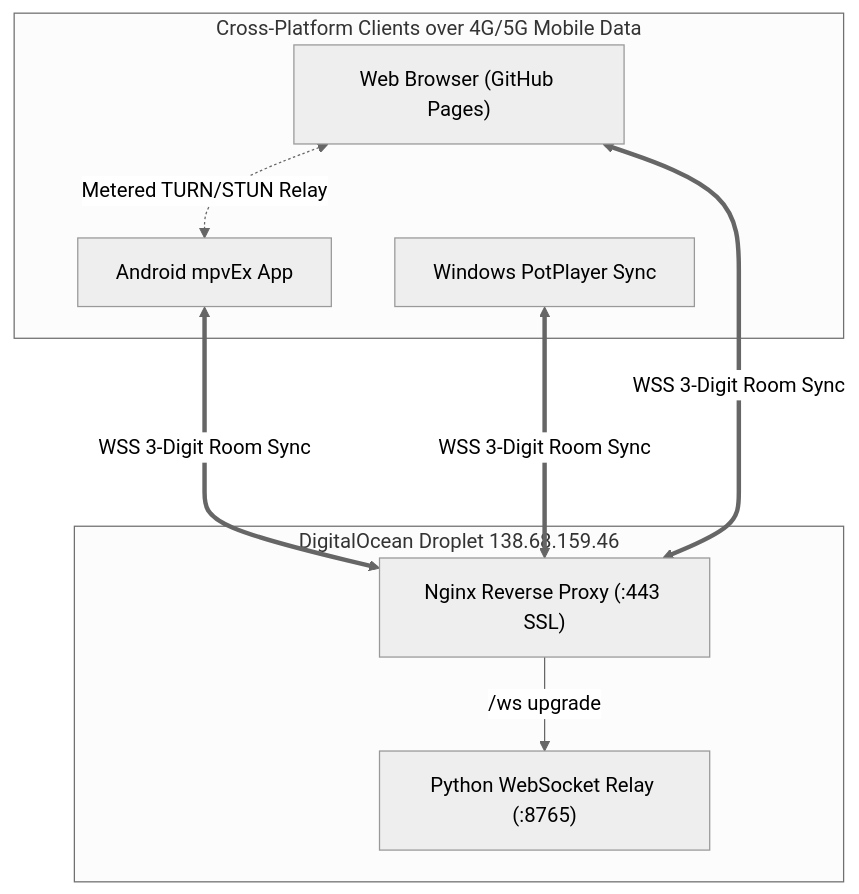
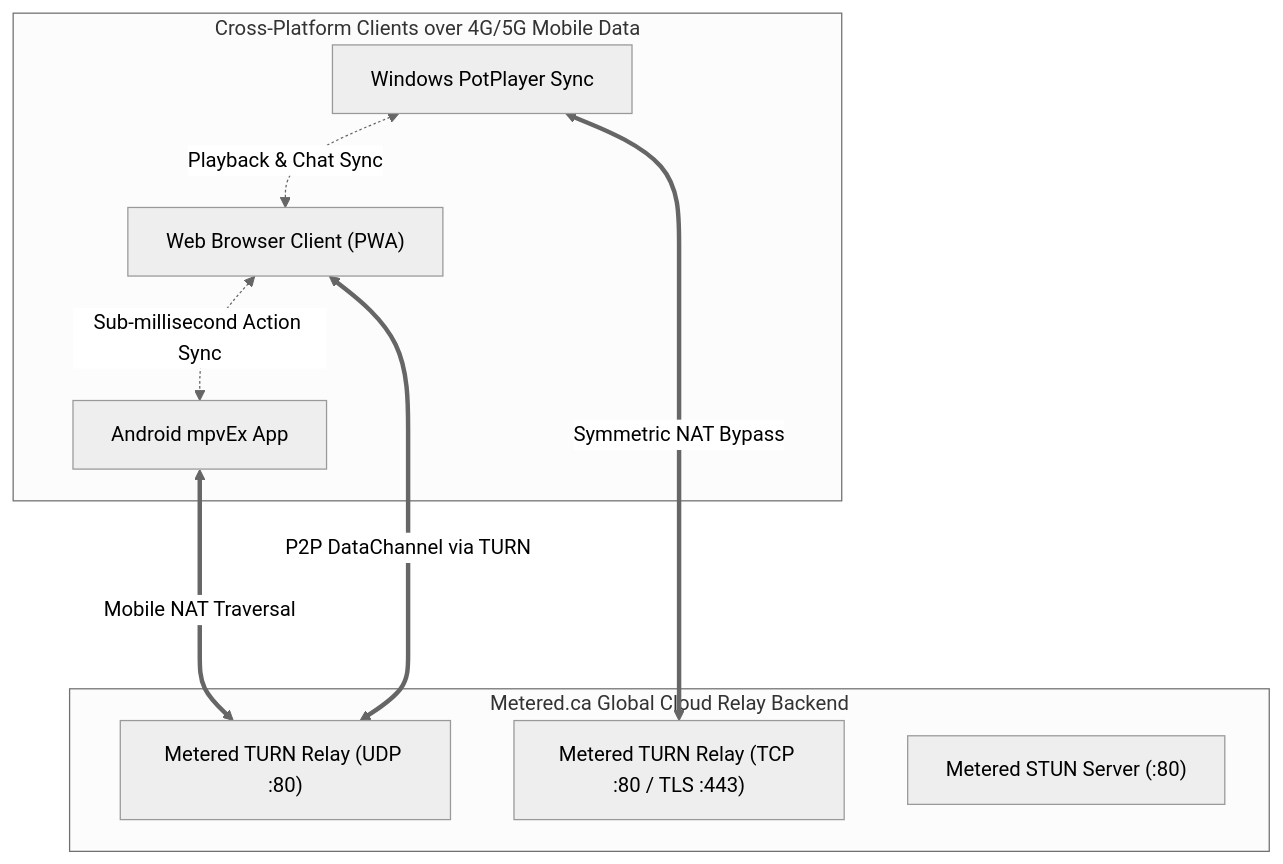
One commit to likhonmain/Ultimate_Watch_together_by_Likhon changed the diagram in HANDOVER.md. Above: the diagram before and after it, drawn with Mermaid (neutral theme). The commit also changed other lines of this file, not shown here.

Commit message:
docs: update HANDOVER.md to document Metered TURN server backend and remove Droplet references

````diff
--- a/HANDOVER.md
+++ b/HANDOVER.md
@@ -28,19 +28,20 @@
 ```mermaid
 flowchart TB
-    subgraph Cloud [DigitalOcean Droplet 138.68.159.46]
-        Nginx["Nginx Reverse Proxy (:443 SSL)"]
-        Relay["Python WebSocket Relay (:8765)"]
-        Nginx -->|/ws upgrade| Relay
+    subgraph MeteredBackend [Metered.ca Global Cloud Relay Backend]
+        TURN_UDP["Metered TURN Relay (UDP :80)"]
+        TURN_TCP["Metered TURN Relay (TCP :80 / TLS :443)"]
+        STUN["Metered STUN Server (:80)"]
     end
 
     subgraph Clients [Cross-Platform Clients over 4G/5G Mobile Data]
         Android["Android mpvEx App"]
         PotPlayer["Windows PotPlayer Sync"]
-        WebBrowser["Web Browser (GitHub Pages)"]
+        WebBrowser["Web Browser Client (PWA)"]
     end
 
-    Android <===>|WSS 3-Digit Room Sync| Nginx
-    PotPlayer <===>|WSS 3-Digit Room Sync| Nginx
-    WebBrowser <===>|WSS 3-Digit Room Sync| Nginx
-    WebBrowser <-.->|Metered TURN/STUN Relay| Android
+    Android <===>|Mobile NAT Traversal| TURN_UDP
+    PotPlayer <===>|Symmetric NAT Bypass| TURN_TCP
+    WebBrowser <===>|P2P DataChannel via TURN| TURN_UDP
+    WebBrowser <-.->|Sub-millisecond Action Sync| Android
+    PotPlayer <-.->|Playback & Chat Sync| WebBrowser
 ```
````
